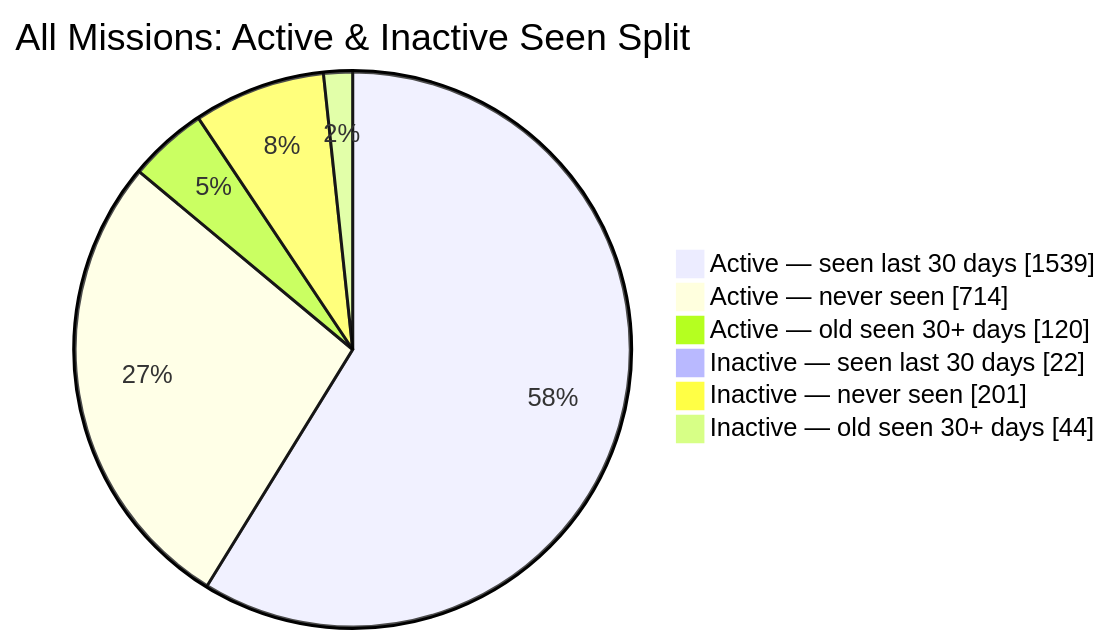
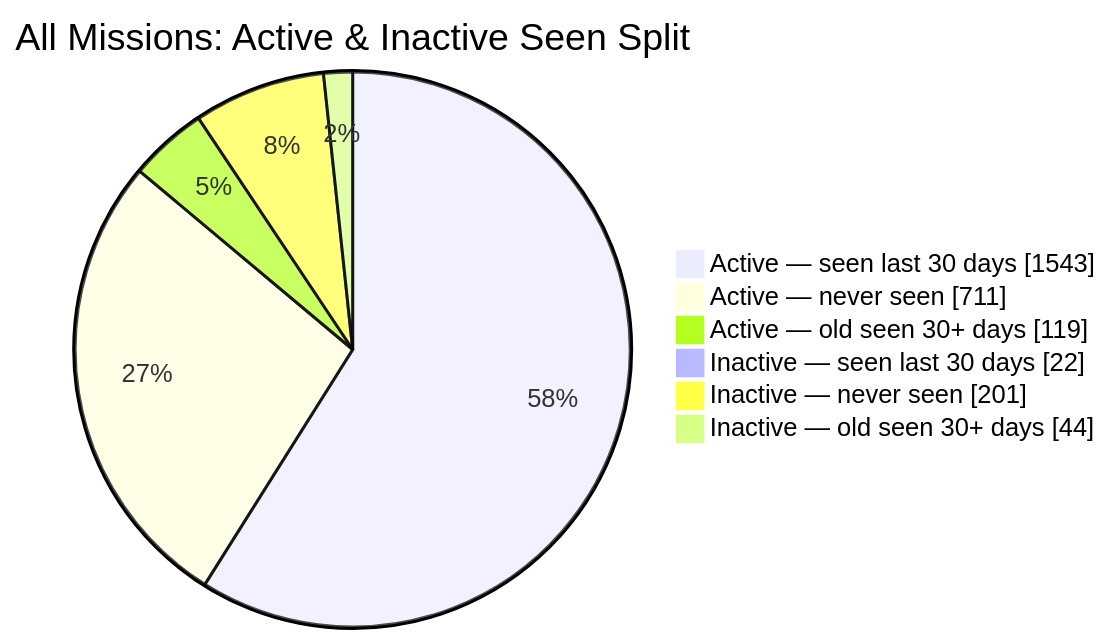
The second of 2 diagrams in README.md (MeldkamerspelGameTeam/active-missions), drawn with Mermaid before and after one commit. The commit also changed other lines of this file and 3 other files, not shown here.

````diff
--- a/README.md
+++ b/README.md
@@ -44,10 +44,10 @@
 ```mermaid
 pie showData
     title All Missions: Active & Inactive Seen Split
-    "Active — seen last 30 days" : 1539
-    "Active — never seen" : 714
-    "Active — old seen 30+ days" : 120
+    "Active — seen last 30 days" : 1543
+    "Active — never seen" : 711
+    "Active — old seen 30+ days" : 119
     "Inactive — seen last 30 days" : 22
     "Inactive — never seen" : 201
     "Inactive — old seen 30+ days" : 44
 ```
````
